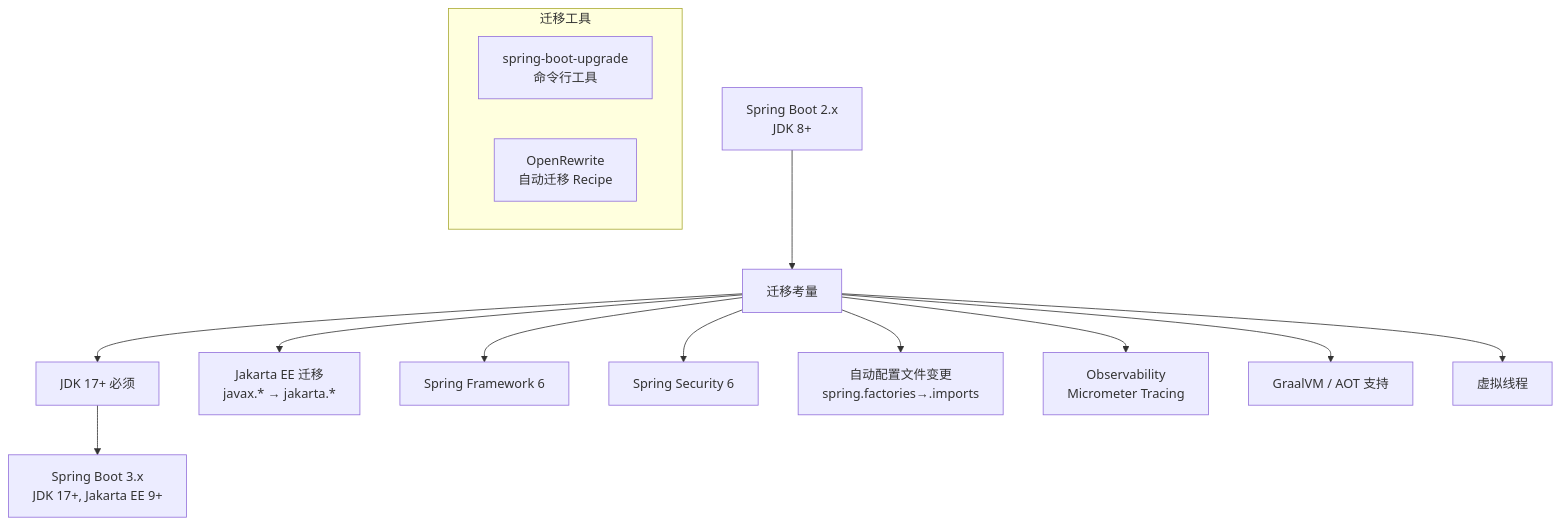
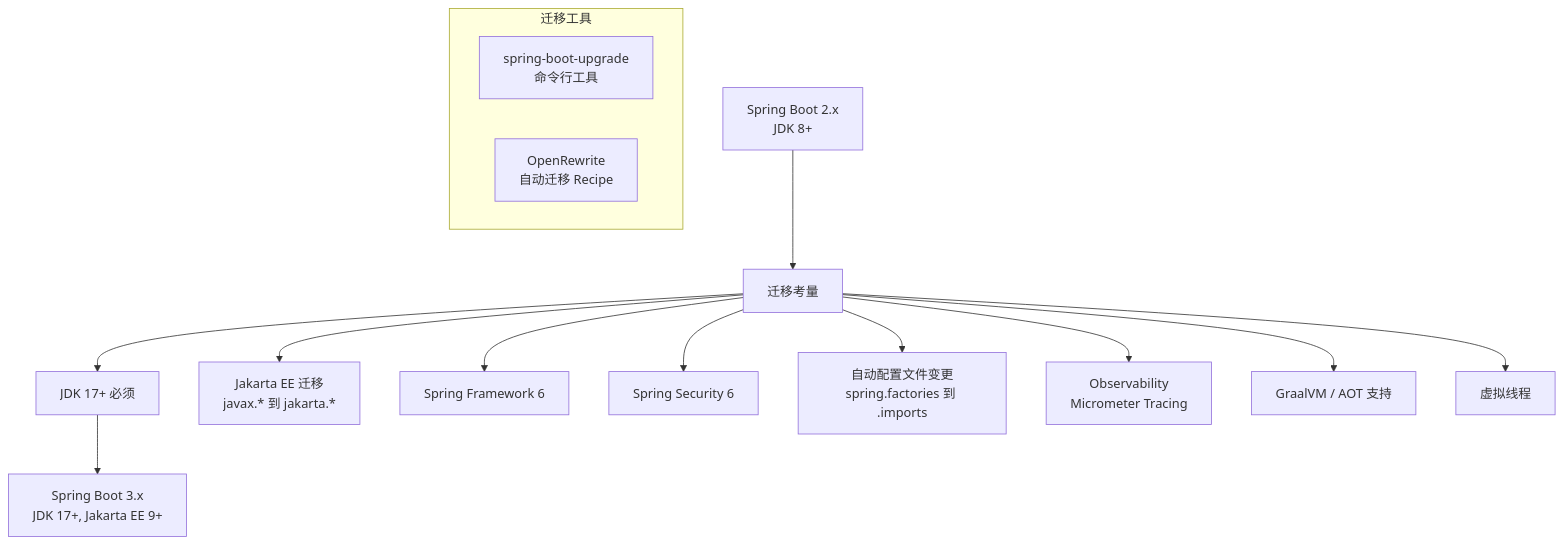
Before and after one commit to kane201x/javadoc: diagram 11 of 11 in 06-spring-boot/README.md, drawn with Mermaid. The commit also changed other lines of this file and 12 other files, not shown here.

First line of the commit message:
fix: correct mermaid diagram syntax across all modules

````diff
--- a/06-spring-boot/README.md
+++ b/06-spring-boot/README.md
@@ -2870,18 +2880,18 @@
 ```mermaid
 flowchart TD
     A["Spring Boot 2.x<br/>JDK 8+"] --> B["迁移考量"]
     B --> C["JDK 17+ 必须"]
-    B --> D["Jakarta EE 迁移<br/>javax.* → jakarta.*"]
+    B --> D["Jakarta EE 迁移<br/>javax.* 到 jakarta.*"]
     B --> E["Spring Framework 6"]
     B --> F["Spring Security 6"]
-    B --> G["自动配置文件变更<br/>spring.factories→.imports"]
+    B --> G["自动配置文件变更<br/>spring.factories 到 .imports"]
     B --> H["Observability<br/>Micrometer Tracing"]
     B --> I["GraalVM / AOT 支持"]
     B --> J["虚拟线程"]
     C --> K["Spring Boot 3.x<br/>JDK 17+, Jakarta EE 9+"]
 
-    subgraph "迁移工具"
+    subgraph TOOLS["迁移工具"]
         L["spring-boot-upgrade<br/>命令行工具"]
         M["OpenRewrite<br/>自动迁移 Recipe"]
     end
 ```
````
